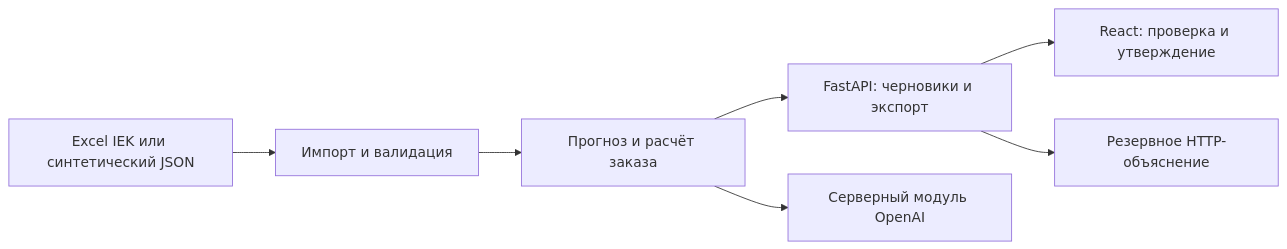
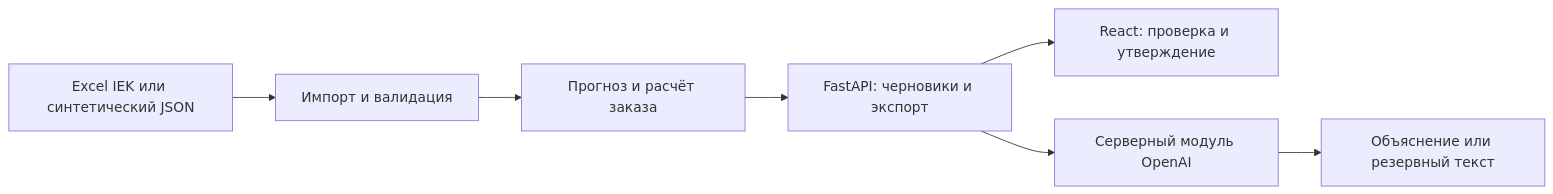
One commit to BAITC-Hacks/hack-4341ec06-paralax changed the diagram in README.md. Above: the diagram before and after it, drawn with Mermaid. The commit also changed other lines of this file and 6 other files, not shown here.

````diff
--- a/README.md
+++ b/README.md
@@ -36,9 +36,9 @@
 ```mermaid
 flowchart LR
     A["Excel IEK или синтетический JSON"] --> B["Импорт и валидация"]
     B --> C["Прогноз и расчёт заказа"]
     C --> D["FastAPI: черновики и экспорт"]
     D --> E["React: проверка и утверждение"]
-    C --> F["Серверный модуль OpenAI"]
-    D --> G["Резервное HTTP-объяснение"]
+    D --> F["Серверный модуль OpenAI"]
+    F --> G["Объяснение или резервный текст"]
 ```
````
